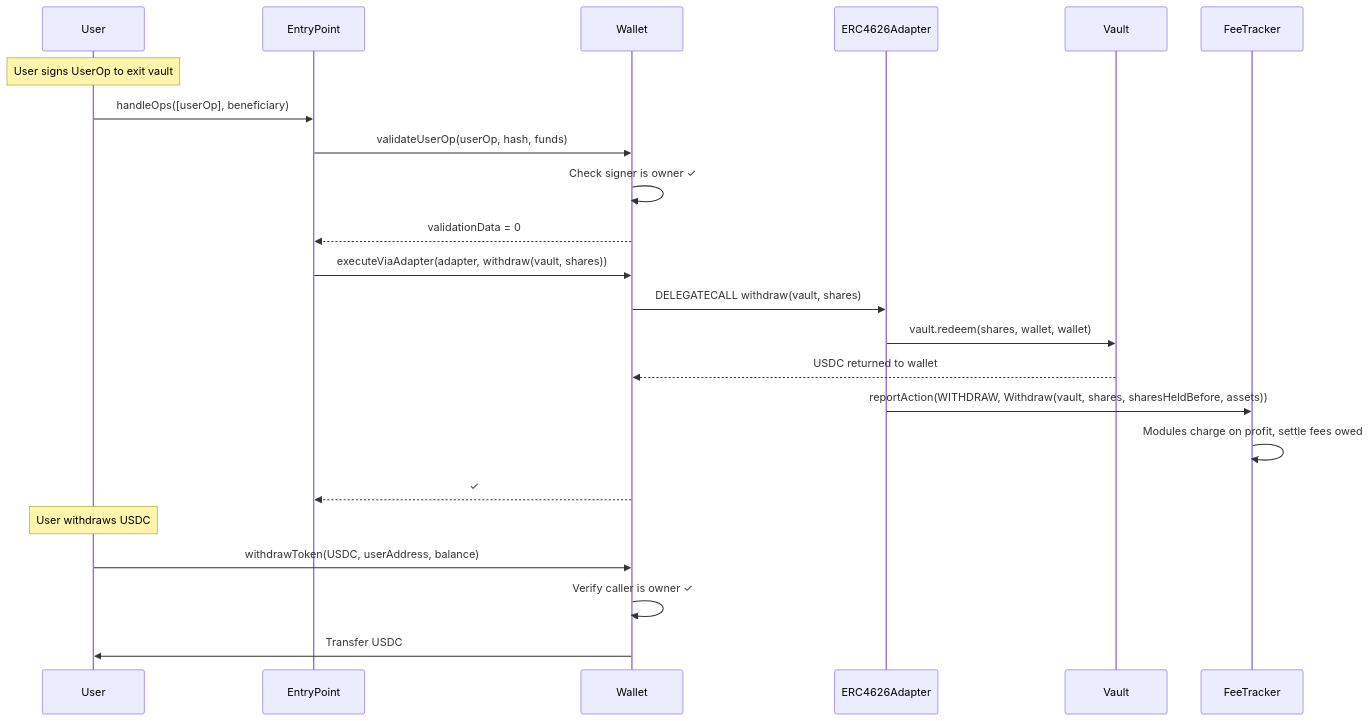
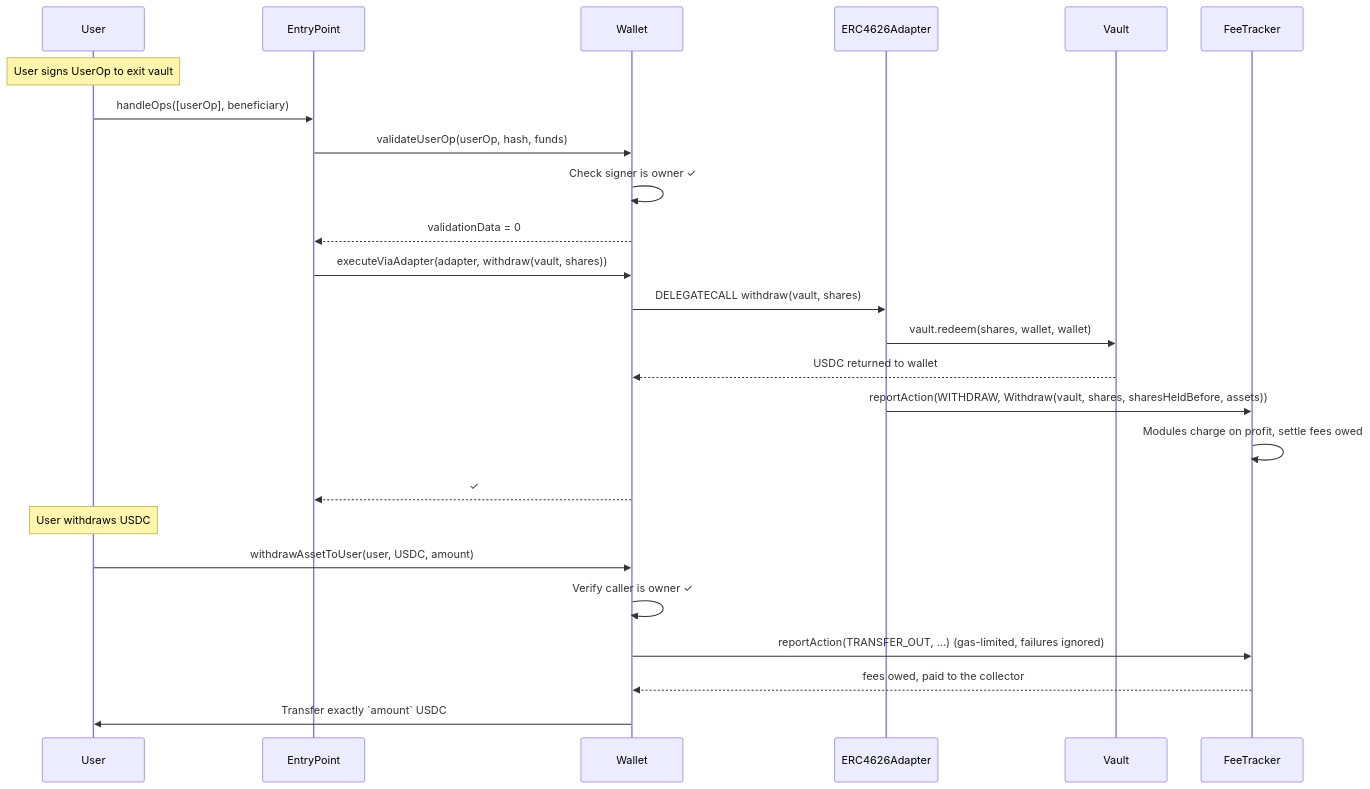
Before and after one commit to tokenpage/yieldseeker-contracts: the fourth of 6 diagrams in README.md, drawn with Mermaid. The commit also changed other lines of this file and 20 other files, not shown here.

Commit message:
Fees: settle on outflow; owner withdrawals and linked transfers collect fees owed first and send the exact amount; feesOwedInBaseAsset replaces feesHeld; base-asset sales may not leave fees unpaid

````diff
--- a/README.md
+++ b/README.md
@@ -674,27 +674,29 @@
 ```mermaid
 sequenceDiagram
     participant User
     participant EP as EntryPoint
     participant Wallet
     participant Adapter as ERC4626Adapter
     participant Vault
     participant FeeTracker
 
     Note over User: User signs UserOp to exit vault
     User->>EP: handleOps([userOp], beneficiary)
     EP->>Wallet: validateUserOp(userOp, hash, funds)
     Wallet->>Wallet: Check signer is owner ✓
     Wallet-->>EP: validationData = 0
     EP->>Wallet: executeViaAdapter(adapter, withdraw(vault, shares))
     Wallet->>Adapter: DELEGATECALL withdraw(vault, shares)
     Adapter->>Vault: vault.redeem(shares, wallet, wallet)
     Vault-->>Wallet: USDC returned to wallet
     Adapter->>FeeTracker: reportAction(WITHDRAW, Withdraw(vault, shares, sharesHeldBefore, assets))
     FeeTracker->>FeeTracker: Modules charge on profit, settle fees owed
     Wallet-->>EP: ✓
 
     Note over User: User withdraws USDC
-    User->>Wallet: withdrawToken(USDC, userAddress, balance)
+    User->>Wallet: withdrawAssetToUser(user, USDC, amount)
     Wallet->>Wallet: Verify caller is owner ✓
-    Wallet->>User: Transfer USDC
+    Wallet->>FeeTracker: reportAction(TRANSFER_OUT, ...) (gas-limited, failures ignored)
+    FeeTracker-->>Wallet: fees owed, paid to the collector
+    Wallet->>User: Transfer exactly `amount` USDC
 ```
````
